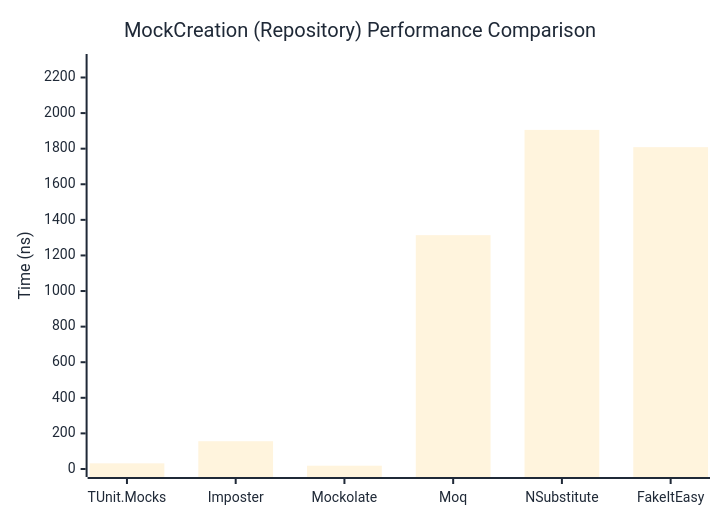
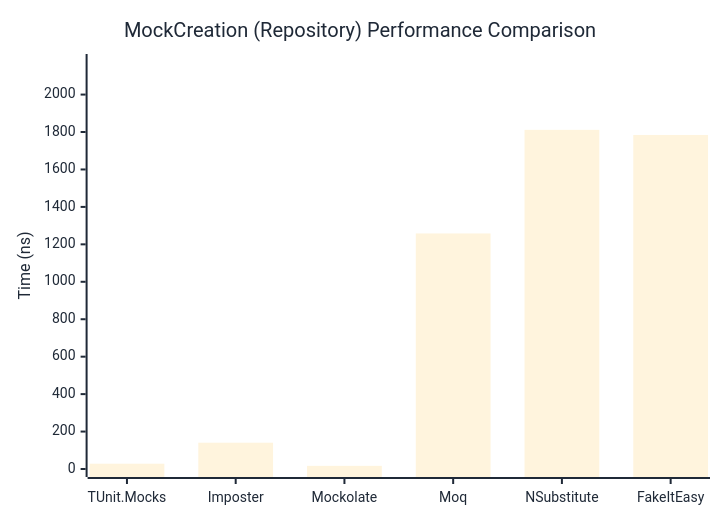
Before and after one commit to thomhurst/TUnit: the second of 2 diagrams in docs/docs/benchmarks/mocks/MockCreation.md, drawn with Mermaid. The commit also changed other lines of this file and 14 other files, not shown here.

````diff
--- a/docs/docs/benchmarks/mocks/MockCreation.md
+++ b/docs/docs/benchmarks/mocks/MockCreation.md
@@ -71,27 +71,27 @@
 ```mermaid
 %%{init: {
   'theme':'base',
   'themeVariables': {
     'primaryColor': '#2563eb',
     'primaryTextColor': '#1f2937',
     'primaryBorderColor': '#1e40af',
     'lineColor': '#6b7280',
     'secondaryColor': '#7c3aed',
     'tertiaryColor': '#dc2626',
     'background': '#ffffff',
     'pie1': '#2563eb',
     'pie2': '#7c3aed',
     'pie3': '#dc2626',
     'pie4': '#f59e0b',
     'pie5': '#10b981',
     'pie6': '#06b6d4',
     'pie7': '#ec4899',
     'pie8': '#6366f1'
   }
 }}%%
 xychart-beta
   title "MockCreation (Repository) Performance Comparison"
   x-axis ["TUnit.Mocks", "Imposter", "Mockolate", "Moq", "NSubstitute", "FakeItEasy"]
-  y-axis "Time (ns)" 0 --> 2287
-  bar [31.88, 156.15, 18.49, 1313.93, 1905.5, 1808.51]
+  y-axis "Time (ns)" 0 --> 2174
+  bar [28.33, 140.52, 16.85, 1258.18, 1811.61, 1784.25]
 ```
````
